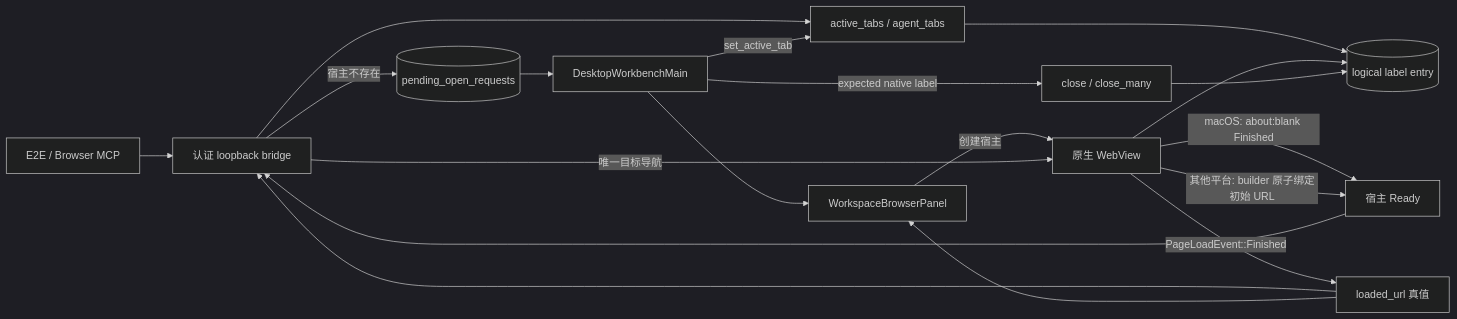
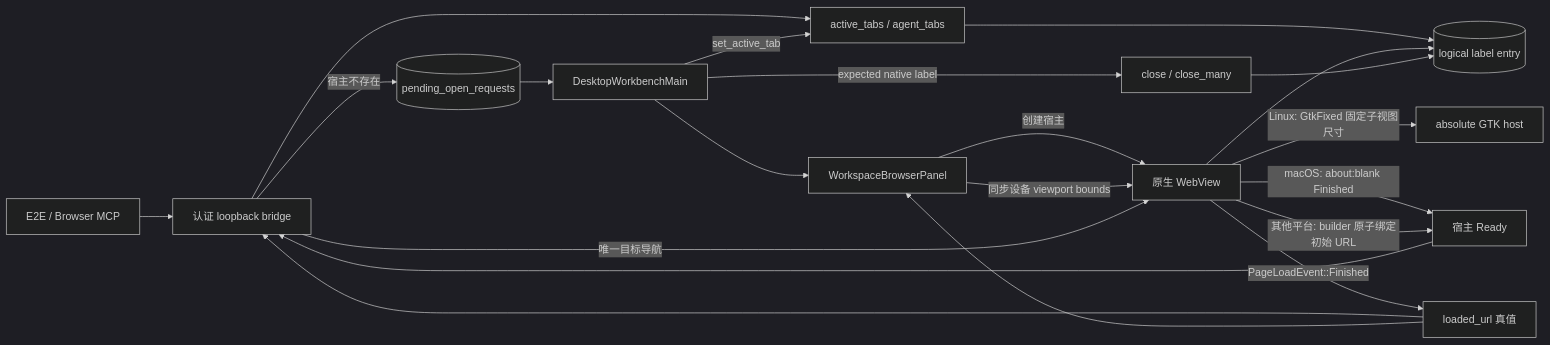
One commit to wecode-ai/wegent-docs changed the first of 2 diagrams in i18n/zh/docusaurus-plugin-content-docs/current/architecture/embedded-browser.md. Above: the diagram before and after it, drawn with Mermaid (dark theme). The commit also changed other lines of this file and 1 other file, not shown here.

````diff
--- a/i18n/zh/docusaurus-plugin-content-docs/current/architecture/embedded-browser.md
+++ b/i18n/zh/docusaurus-plugin-content-docs/current/architecture/embedded-browser.md
@@ -9,21 +9,23 @@
 ```mermaid
 flowchart LR
     CALLER[E2E / Browser MCP] --> BRIDGE[认证 loopback bridge]
     BRIDGE --> ROUTE[active_tabs / agent_tabs]
     ROUTE --> ENTRY[(logical label entry)]
     BRIDGE -->|宿主不存在| PENDING[(pending_open_requests)]
     PENDING --> MAIN[DesktopWorkbenchMain]
     MAIN --> PANEL[WorkspaceBrowserPanel]
     PANEL -->|创建宿主| WEBVIEW[原生 WebView]
+    PANEL -->|同步设备 viewport bounds| WEBVIEW
+    WEBVIEW -->|Linux: GtkFixed 固定子视图尺寸| LINUX_HOST[absolute GTK host]
     WEBVIEW --> ENTRY
     WEBVIEW -->|macOS: about:blank Finished| READY[宿主 Ready]
     WEBVIEW -->|其他平台: builder 原子绑定初始 URL| READY
     READY --> BRIDGE
     BRIDGE -->|唯一目标导航| WEBVIEW
     WEBVIEW -->|PageLoadEvent::Finished| LOADED[loaded_url 真值]
     LOADED --> BRIDGE
     LOADED --> PANEL
     MAIN -->|set_active_tab| ROUTE
     MAIN -->|expected native label| CLOSE[close / close_many]
     CLOSE --> ENTRY
 ```
````
